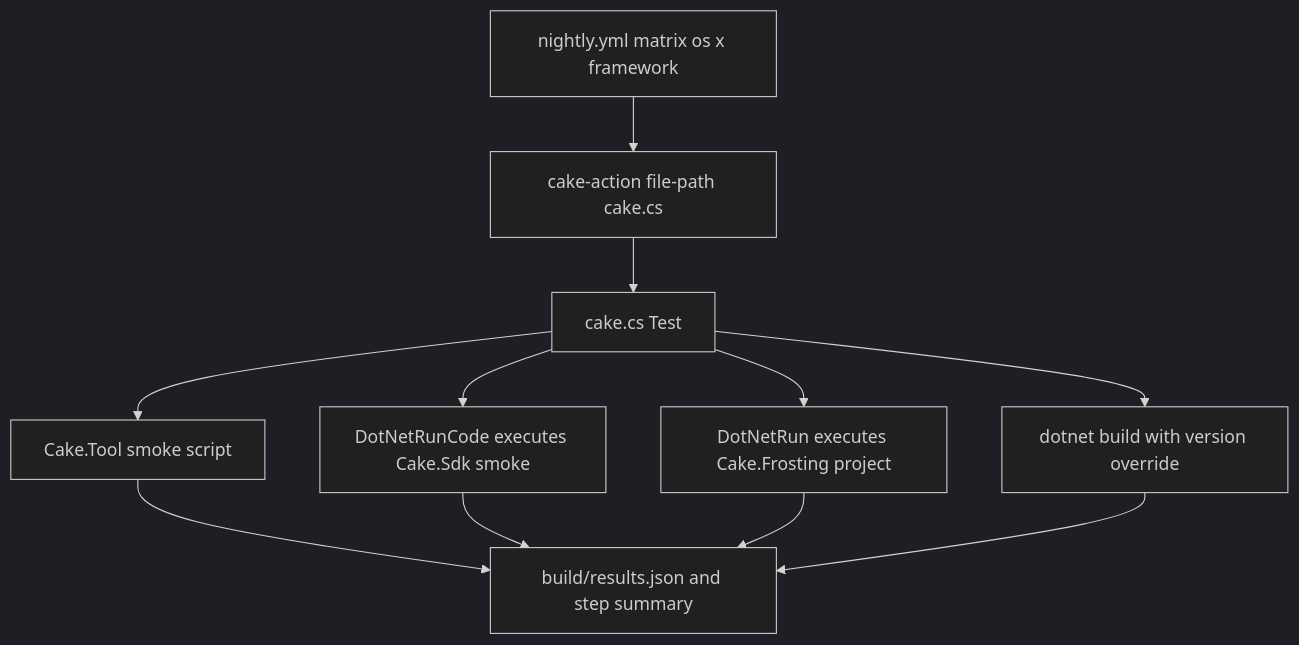
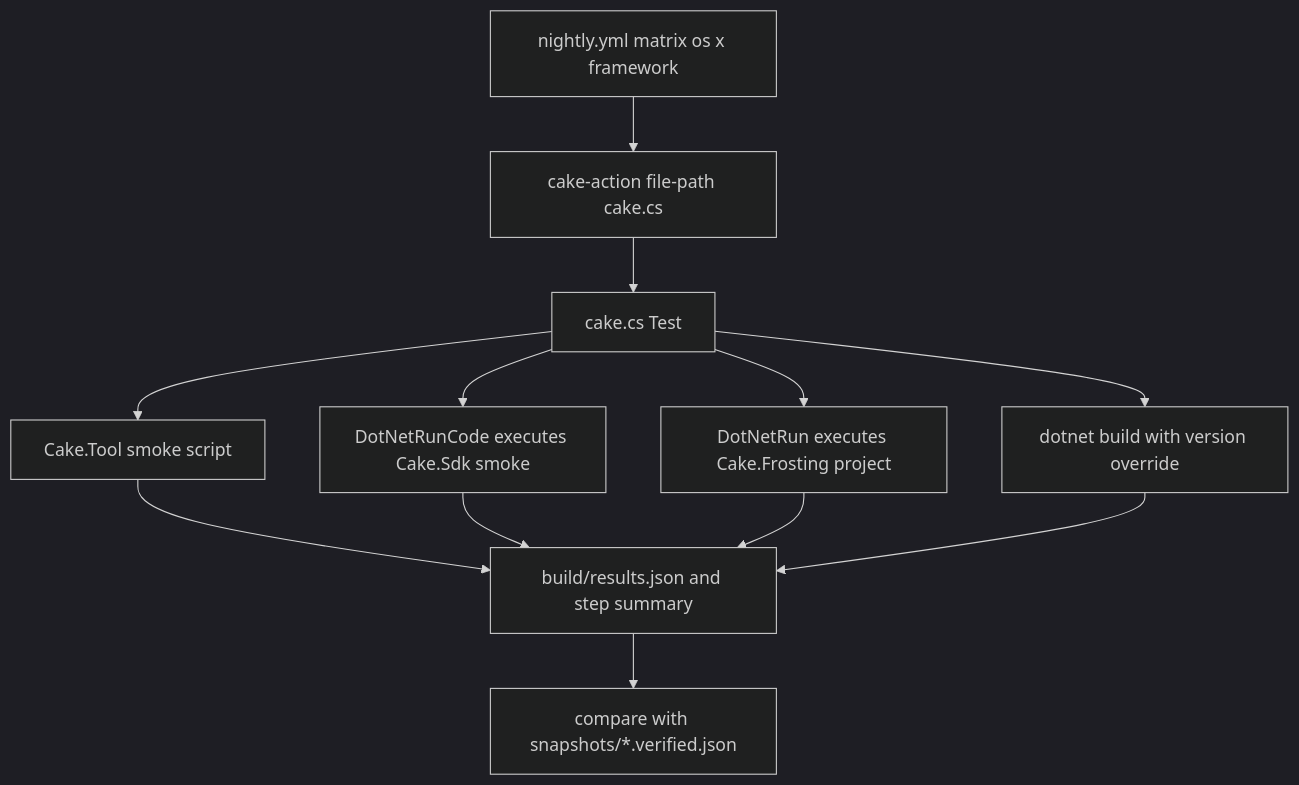
The diagram in README.md (devlead/cake-contrib-IntegrationTest), drawn with Mermaid (dark theme) before and after one commit. The commit also changed other lines of this file and 5 other files, not shown here.

````diff
--- a/README.md
+++ b/README.md
@@ -10,20 +10,22 @@
 ```mermaid
 flowchart TD
   workflow[nightly.yml matrix os x framework]
   action[cake-action file-path cake.cs]
   orch[cake.cs Test]
   loadTool[Cake.Tool smoke script]
   loadSdk[DotNetRunCode executes Cake.Sdk smoke]
   loadFrosting[DotNetRun executes Cake.Frosting project]
   rebuild[dotnet build with version override]
   summary[build/results.json and step summary]
+  snapshot[compare with snapshots/*.verified.json]
   workflow --> action --> orch
   orch --> loadTool
   orch --> loadSdk
   orch --> loadFrosting
   orch --> rebuild
   loadTool --> summary
   loadSdk --> summary
   loadFrosting --> summary
   rebuild --> summary
+  summary --> snapshot
 ```
````
